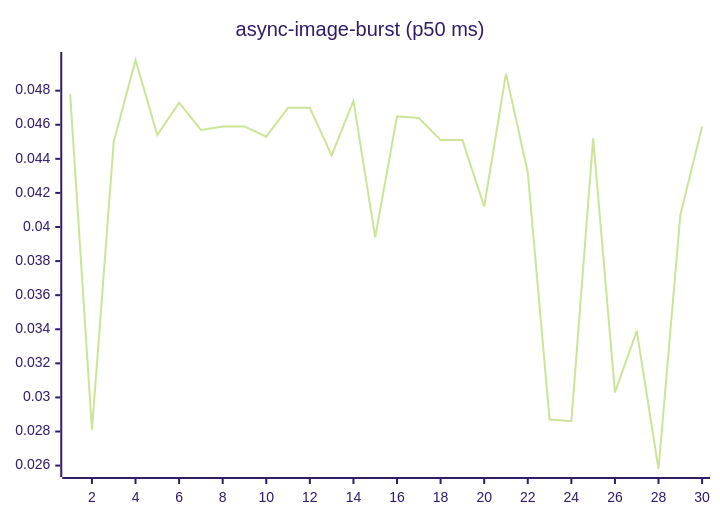
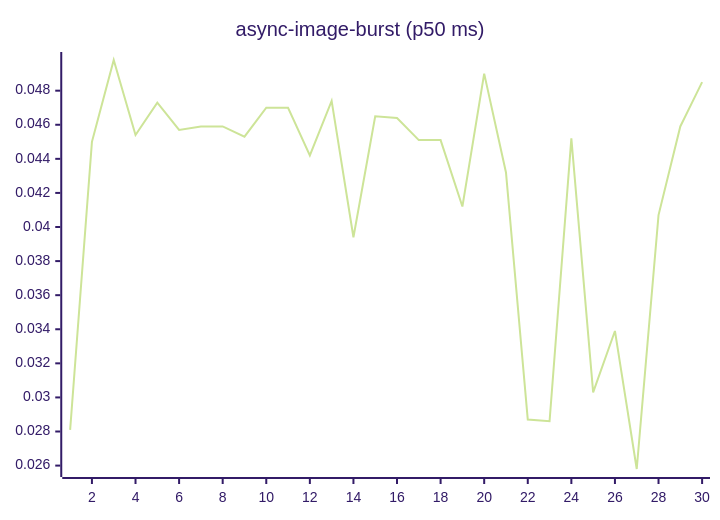
The fourth of 27 diagrams in README.md (josha/Facet), drawn with Mermaid (forest theme) before and after one commit. The commit also changed other lines of this file and 2 other files, not shown here.

````diff
--- a/README.md
+++ b/README.md
@@ -84,6 +84,6 @@
 ```mermaid
 xychart-beta
     title "async-image-burst (p50 ms)"
     x-axis 1 --> 30
-    line [0.0478, 0.0281, 0.0450, 0.0498, 0.0454, 0.0473, 0.0457, 0.0459, 0.0459, 0.0453, 0.0470, 0.0470, 0.0442, 0.0474, 0.0394, 0.0465, 0.0464, 0.0451, 0.0451, 0.0412, 0.0490, 0.0432, 0.0287, 0.0286, 0.0452, 0.0303, 0.0339, 0.0258, 0.0407, 0.0459]
+    line [0.0281, 0.0450, 0.0498, 0.0454, 0.0473, 0.0457, 0.0459, 0.0459, 0.0453, 0.0470, 0.0470, 0.0442, 0.0474, 0.0394, 0.0465, 0.0464, 0.0451, 0.0451, 0.0412, 0.0490, 0.0432, 0.0287, 0.0286, 0.0452, 0.0303, 0.0339, 0.0258, 0.0407, 0.0459, 0.0485]
 ```
````
